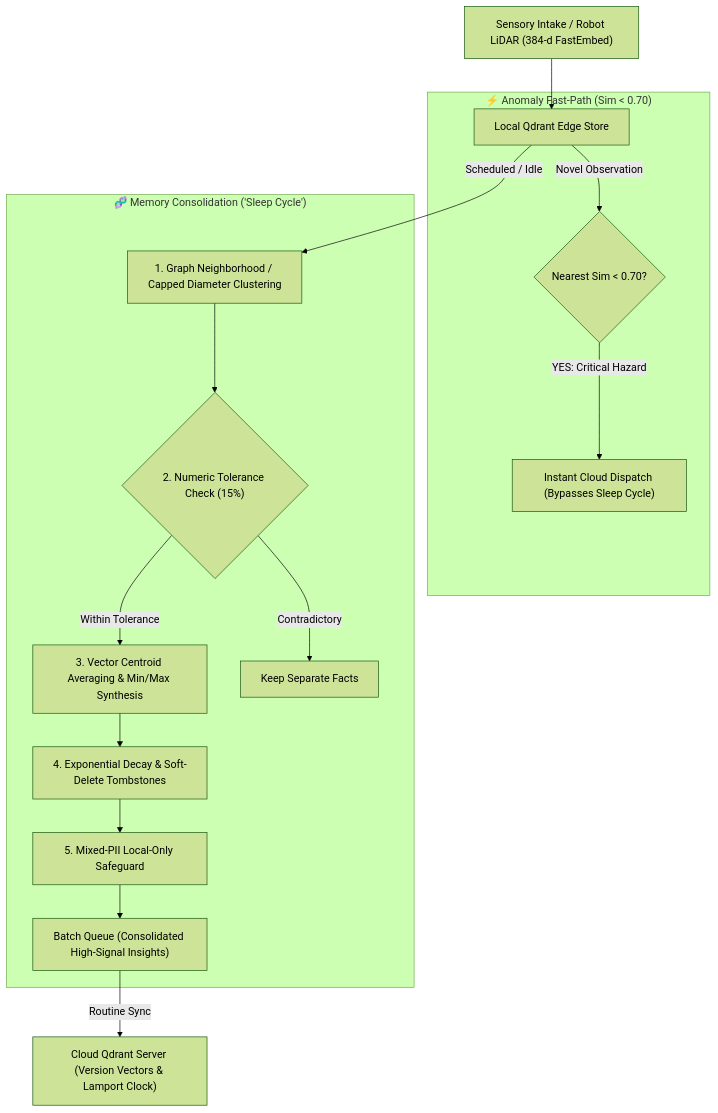
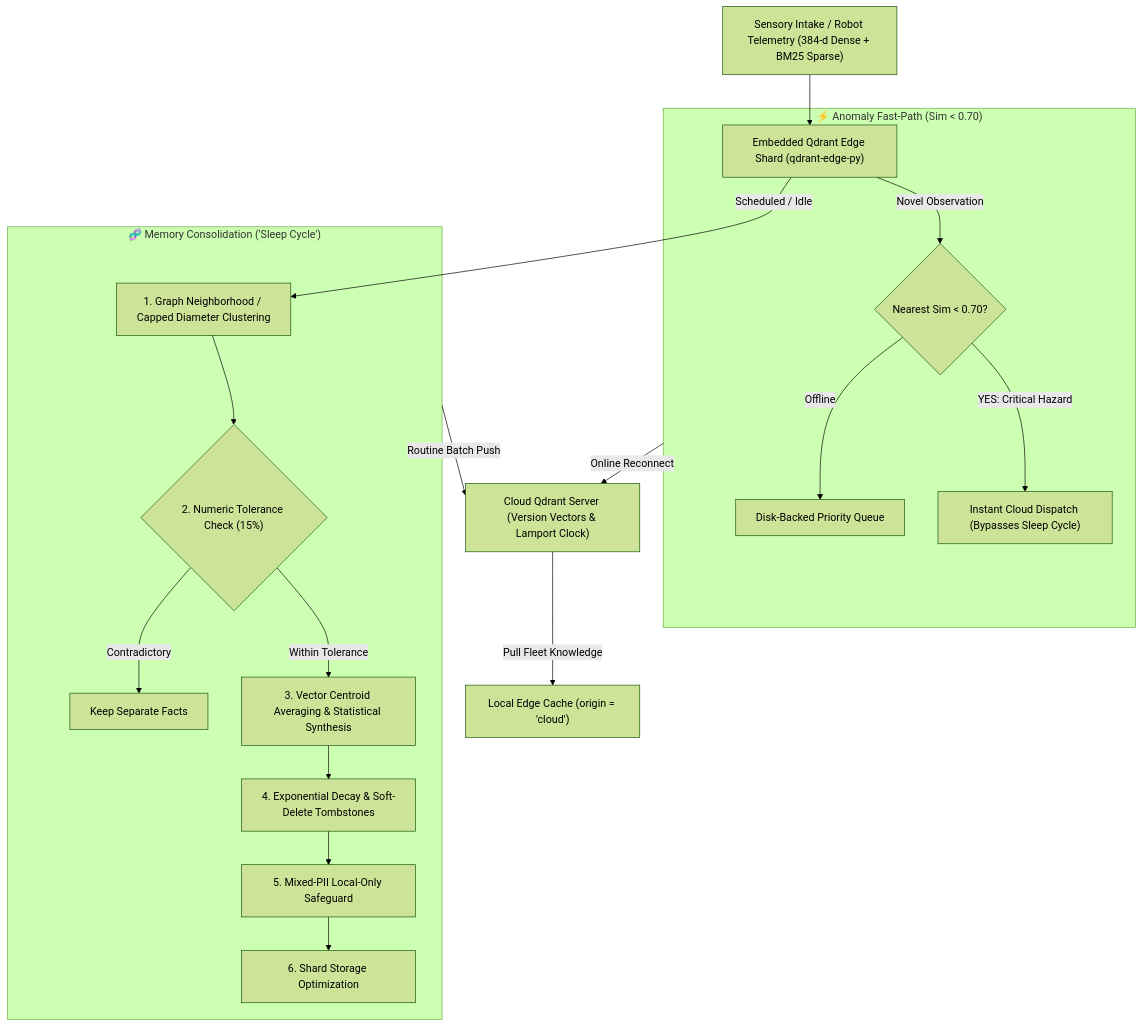
The diagram in README.md (prathamkhatwani/CODE_CUBICLE), drawn with Mermaid (forest theme) before and after one commit. The commit also changed other lines of this file and 29 other files, not shown here.

Commit message:
Migrate to Qdrant Edge with BM25 hybrid search, multi-device sync, and offline resilience

````diff
--- a/README.md
+++ b/README.md
@@ -34,21 +34,24 @@
 ```mermaid
 flowchart TD
-    Sensor["Sensory Intake / Robot LiDAR (384-d FastEmbed)"] --> EdgeQ["Local Qdrant Edge Store"]
+    Sensor["Sensory Intake / Robot Telemetry (384-d Dense + BM25 Sparse)"] --> EdgeQ["Embedded Qdrant Edge Shard (qdrant-edge-py)"]
     
     subgraph FastPath ["⚡ Anomaly Fast-Path (Sim < 0.70)"]
         EdgeQ -->|Novel Observation| AnomCheck{"Nearest Sim < 0.70?"}
         AnomCheck -->|YES: Critical Hazard| CloudFast["Instant Cloud Dispatch (Bypasses Sleep Cycle)"]
+        AnomCheck -->|Offline| OfflineQ["Disk-Backed Priority Queue"]
     end
     
     subgraph SleepCycle ["🧬 Memory Consolidation ('Sleep Cycle')"]
         EdgeQ -->|Scheduled / Idle| Cluster["1. Graph Neighborhood / Capped Diameter Clustering"]
         Cluster --> NumCheck{"2. Numeric Tolerance Check (15%)"}
-        NumCheck -->|Within Tolerance| Synth["3. Vector Centroid Averaging & Min/Max Synthesis"]
+        NumCheck -->|Within Tolerance| Synth["3. Vector Centroid Averaging & Statistical Synthesis"]
         NumCheck -->|Contradictory| SkipMerge["Keep Separate Facts"]
         Synth --> Decay["4. Exponential Decay & Soft-Delete Tombstones"]
         Decay --> PII["5. Mixed-PII Local-Only Safeguard"]
-        PII --> BatchLane["Batch Queue (Consolidated High-Signal Insights)"]
+        PII --> OptEdge["6. Shard Storage Optimization"]
     end
     
-    BatchLane -->|Routine Sync| CloudSync["Cloud Qdrant Server (Version Vectors & Lamport Clock)"]
+    FastPath -->|Online Reconnect| CloudSync["Cloud Qdrant Server (Version Vectors & Lamport Clock)"]
+    SleepCycle -->|Routine Batch Push| CloudSync
+    CloudSync -->|Pull Fleet Knowledge| FleetCache["Local Edge Cache (origin = 'cloud')"]
 ```
````
